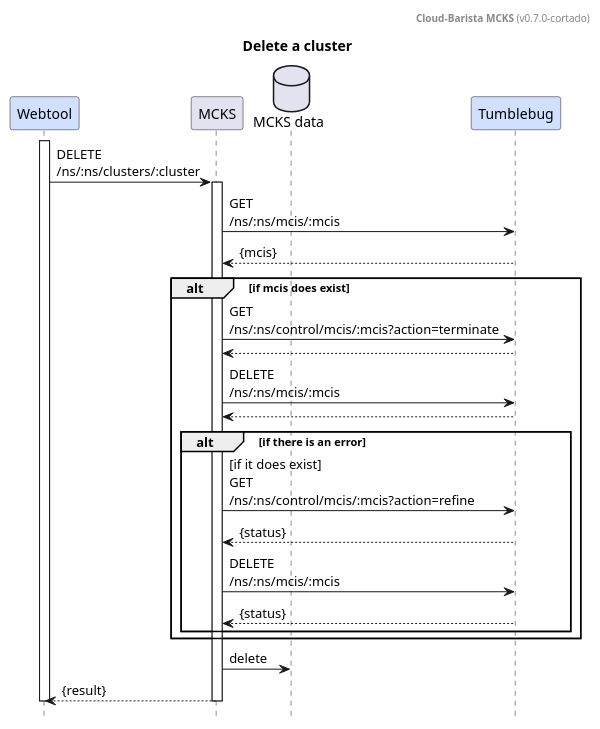
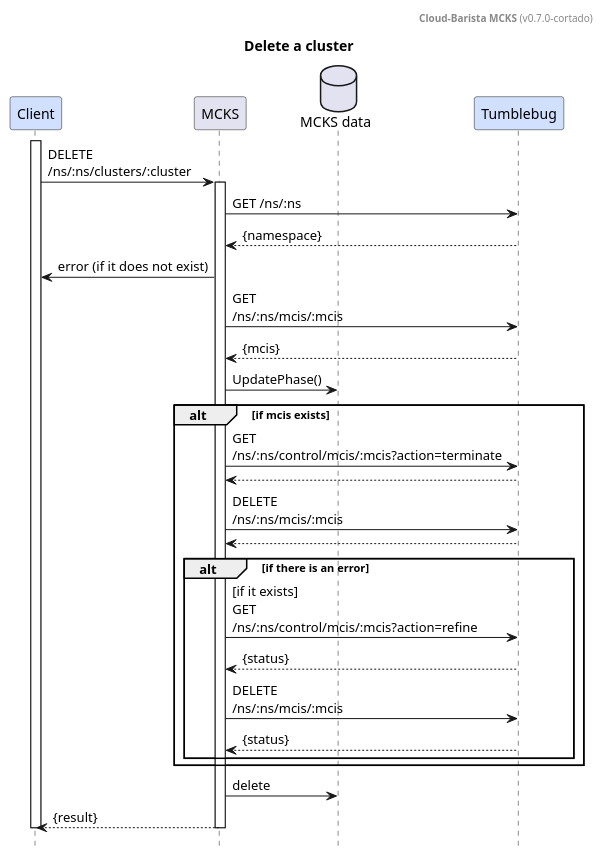
One commit to cloud-barista/cb-ladybug changed the diagram in docs/design/cluster-delete.puml. Above: the diagram before and after it, drawn with PlantUML. The commit also changed 3 other files, not shown here.

Commit message:
docs: Update sequence diagrams

```diff
--- a/docs/design/cluster-delete.puml
+++ b/docs/design/cluster-delete.puml
@@ -1,44 +1,52 @@
 @startuml
 
 header **Cloud-Barista MCKS** (v0.7.0-cortado)
 title Delete a cluster
 hide footbox
 
-participant	"Webtool"		as webtool		#d1e0ff
+participant	"Client"	as webtool		#d1e0ff
 participant	"MCKS"		as provider
 database	"MCKS data"	as db
-participant	"Tumblebug"		as tumblebug	#d1e0ff
+participant	"Tumblebug"	as tumblebug	#d1e0ff
 
 
 activate webtool
 	webtool		->	provider		: DELETE\n/ns/:ns/clusters/:cluster
 
 	activate provider
+
+		provider	->	tumblebug	: GET /ns/:ns
+		tumblebug	-->	provider	: {namespace}
+		provider	->	webtool		: error (if it does not exist)
+
 		provider	->	tumblebug	: GET\n/ns/:ns/mcis/:mcis
 		tumblebug	-->	provider	: {mcis}
-		alt if mcis does exist 
+
+		provider	->	db			: UpdatePhase()
+
+		alt if mcis exists
 
 			provider	->	tumblebug	: GET\n/ns/:ns/control/mcis/:mcis?action=terminate
 			tumblebug	-->	provider
 
 			provider	->	tumblebug	: DELETE\n/ns/:ns/mcis/:mcis
 			tumblebug	-->	provider
 
 			alt if there is an error
-				provider	->	tumblebug	: [if it does exist]\nGET\n/ns/:ns/control/mcis/:mcis?action=refine
+				provider	->	tumblebug	: [if it exists]\nGET\n/ns/:ns/control/mcis/:mcis?action=refine
 				tumblebug	-->	provider	: {status}
 				
 				provider	->	tumblebug	: DELETE\n/ns/:ns/mcis/:mcis
 				tumblebug	-->	provider	: {status}
 			end
 
 		end
 
 		provider	->	db	: delete
 		provider	-->	webtool		: {result}
 
 	deactivate provider
 
 deactivate webtool
 
 @enduml
```
